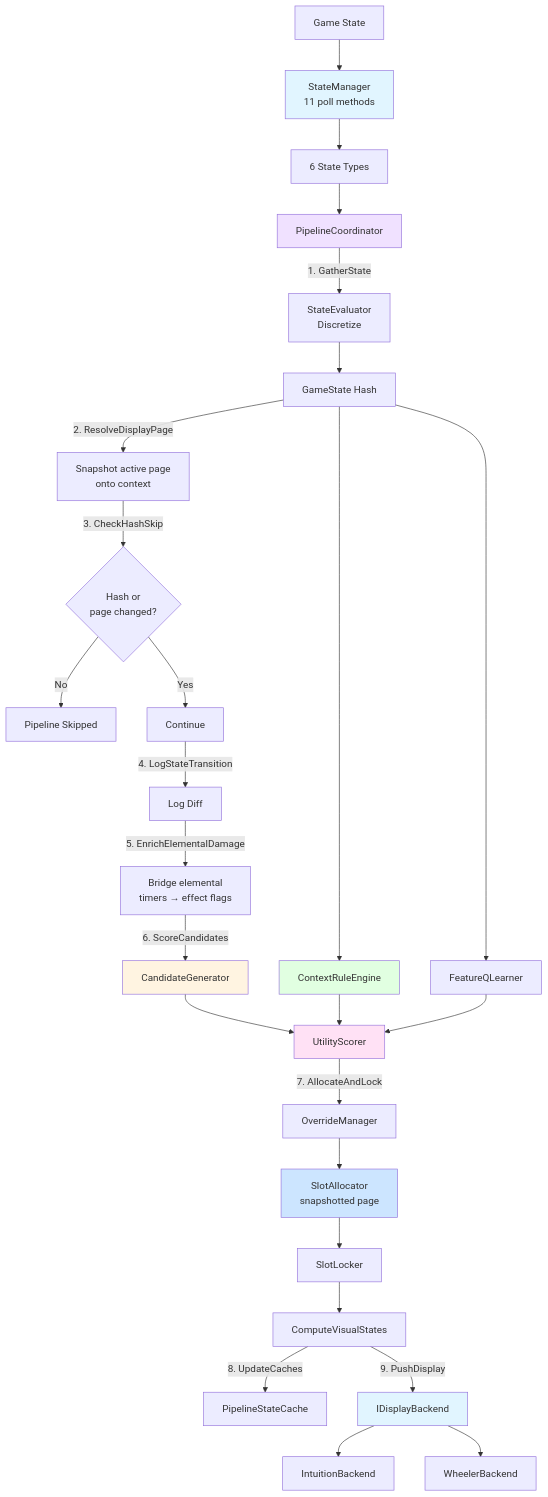
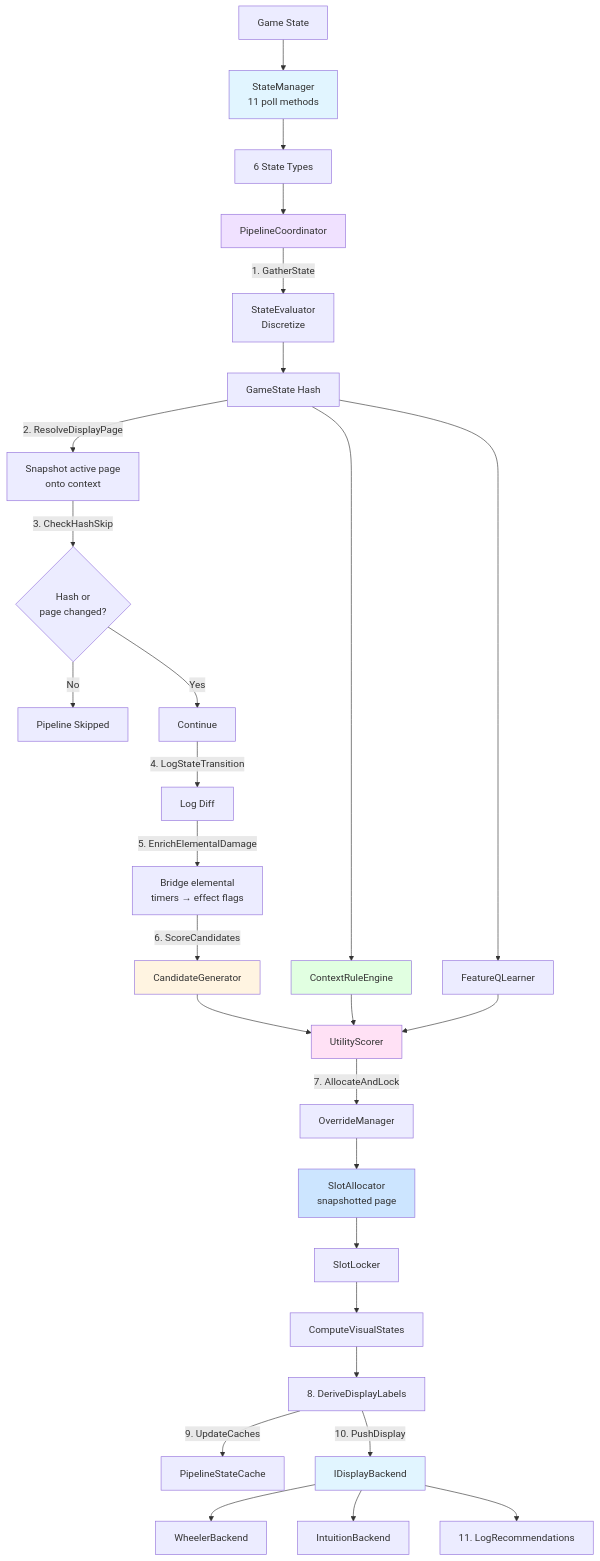
Before and after one commit to LandingCrew/huginn: the tenth of 10 diagrams in docs/architecture/0-pipeline.md, drawn with Mermaid. The commit also changed other lines of this file and 27 other files, not shown here.

````diff
--- a/docs/architecture/0-pipeline.md
+++ b/docs/architecture/0-pipeline.md
@@ -688,43 +832,46 @@
 ```mermaid
 graph TB
     Start[Game State] --> SM[StateManager<br/>11 poll methods]
     SM --> Models[6 State Types]
     Models --> PC[PipelineCoordinator]
 
     PC -->|1. GatherState| SE[StateEvaluator<br/>Discretize]
     SE --> GS[GameState Hash]
 
     GS -->|2. ResolveDisplayPage| RDP[Snapshot active page<br/>onto context]
 
     RDP -->|3. CheckHashSkip| Skip{Hash or<br/>page changed?}
     Skip -->|No| Done[Pipeline Skipped]
     Skip -->|Yes| Continue[Continue]
 
     Continue -->|4. LogStateTransition| Log[Log Diff]
     Log -->|5. EnrichElementalDamage| Enrich[Bridge elemental<br/>timers → effect flags]
 
     Enrich -->|6. ScoreCandidates| CG[CandidateGenerator]
     CG --> US[UtilityScorer]
     GS --> CRE[ContextRuleEngine]
     CRE --> US
     GS --> QL[FeatureQLearner]
     QL --> US
 
     US -->|7. AllocateAndLock| OvM[OverrideManager]
     OvM --> SA[SlotAllocator<br/>snapshotted page]
     SA --> SL[SlotLocker]
     SL --> VS[ComputeVisualStates]
 
-    VS -->|8. UpdateCaches| PSC[PipelineStateCache]
-    VS -->|9. PushDisplay| Display[IDisplayBackend]
+    VS --> VS2[8. DeriveDisplayLabels]
+
+    VS2 -->|9. UpdateCaches| PSC[PipelineStateCache]
+    VS2 -->|10. PushDisplay| Display[IDisplayBackend]
+    Display --> WB[WheelerBackend]
     Display --> IB[IntuitionBackend]
-    Display --> WB[WheelerBackend]
+    Display --> Recs[11. LogRecommendations]
 
     style SM fill:#e1f5ff
     style PC fill:#f0e1ff
     style CG fill:#fff4e1
     style CRE fill:#e1ffe1
     style US fill:#ffe1f5
     style SA fill:#cce5ff
     style Display fill:#e1f5ff
 ```
````
